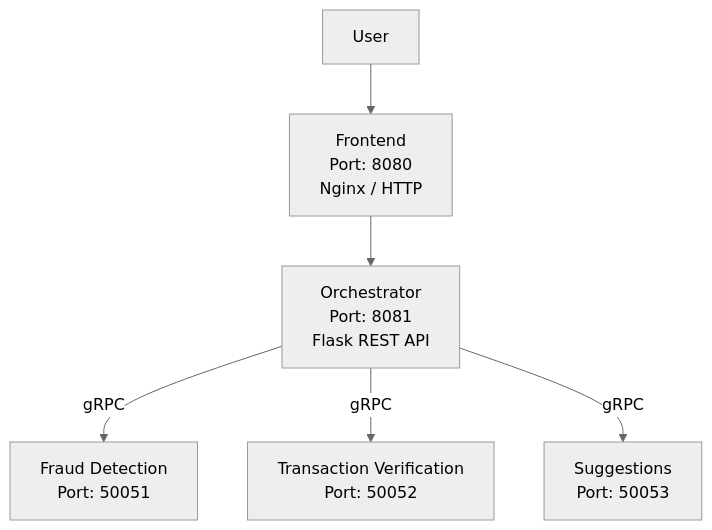
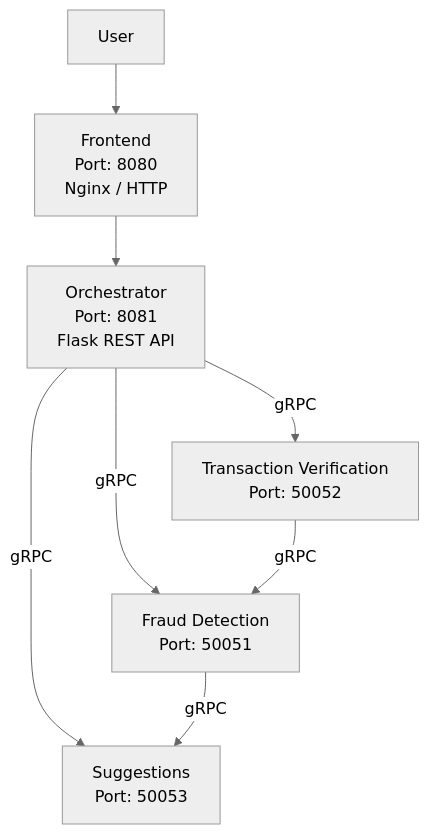
The first of 2 diagrams in README.md (mobile-cloud-computing/ds-practice-2025), drawn with Mermaid (neutral theme) before and after one commit. The commit also changed other lines of this file and 22 other files, not shown here.

First line of the commit message:
Implement checkpoint-2 vector-clock event flow

````diff
--- a/README.md
+++ b/README.md
@@ -9,8 +9,10 @@
 ```mermaid
 graph TD
     A[User] --> B[Frontend<br/>Port: 8080<br/>Nginx / HTTP]
     B --> C[Orchestrator<br/>Port: 8081<br/>Flask REST API]
+    C -->|gRPC| D[Transaction Verification<br/>Port: 50052]
     C -->|gRPC| E[Fraud Detection<br/>Port: 50051]
-    C -->|gRPC| D[Transaction Verification<br/>Port: 50052]
     C -->|gRPC| F[Suggestions<br/>Port: 50053]
+    D -->|gRPC| E
+    E -->|gRPC| F
 ```
````
